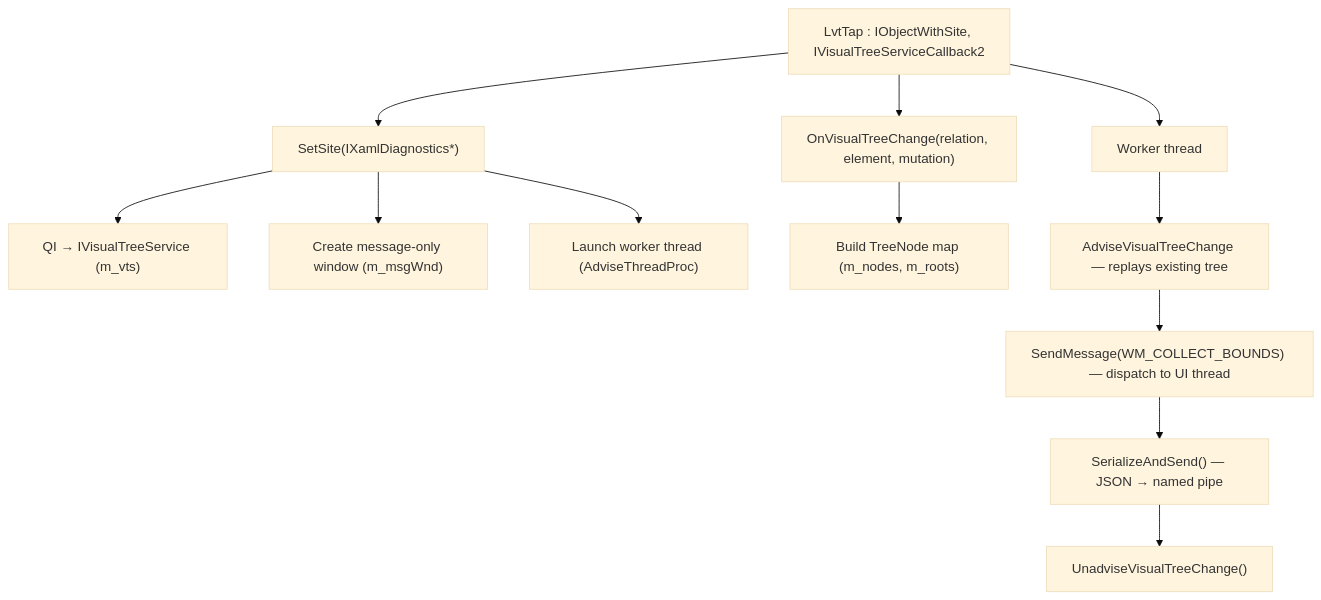
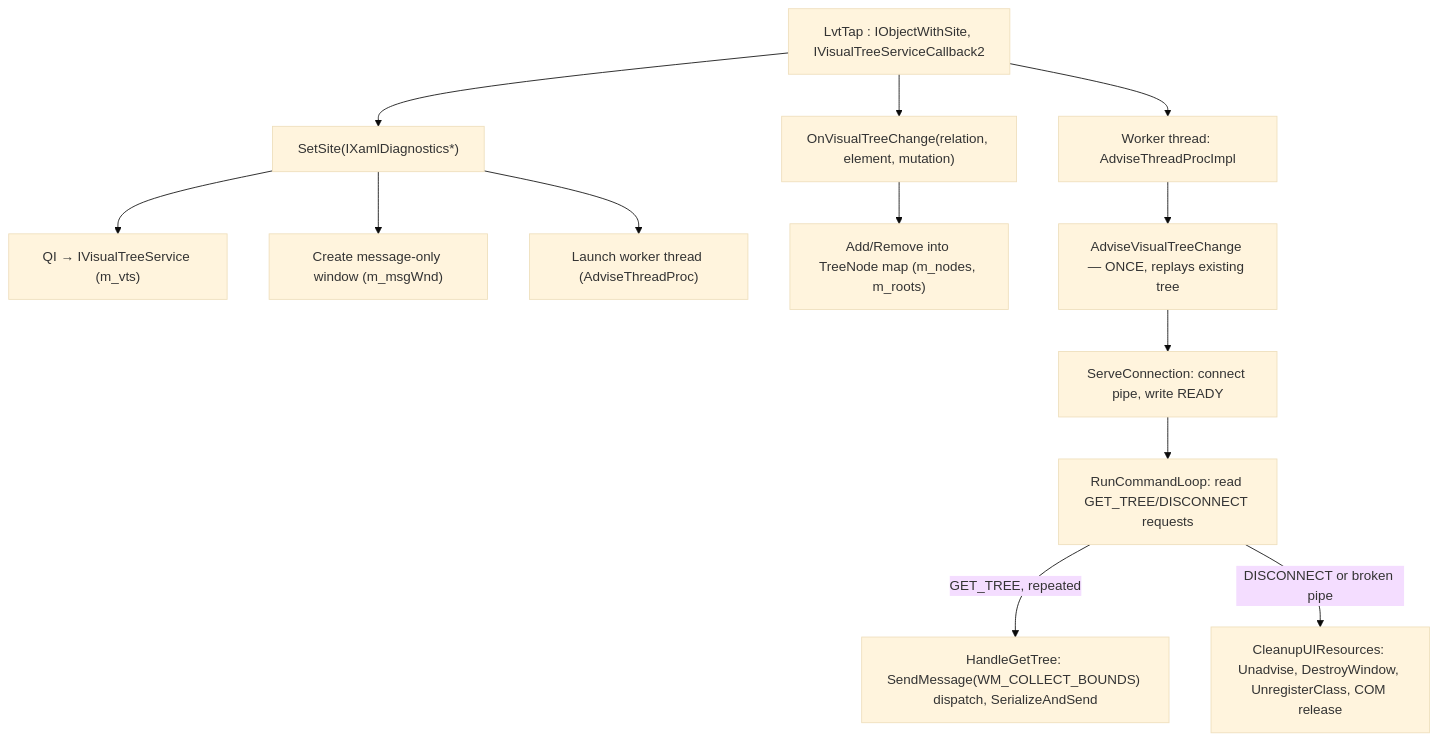
Before and after one commit to asklar/lvt: the second of 3 diagrams in docs/tap-dll-design.md, drawn with Mermaid (base theme). The commit also changed other lines of this file and 72 other files, not shown here.

First line of the commit message:
Add lvt Viewer: a graphical live visual tree GUI (#49)

````diff
--- a/docs/tap-dll-design.md
+++ b/docs/tap-dll-design.md
@@ -49,23 +54,26 @@
 ```mermaid
 flowchart TB
     LvtTap["LvtTap : IObjectWithSite, IVisualTreeServiceCallback2"]
 
     SetSite["SetSite(IXamlDiagnostics*)"]
     QI["QI → IVisualTreeService (m_vts)"]
     MsgWnd["Create message-only window (m_msgWnd)"]
     Launch["Launch worker thread (AdviseThreadProc)"]
 
     OnVTC["OnVisualTreeChange(relation, element, mutation)"]
-    BuildMap["Build TreeNode map (m_nodes, m_roots)"]
+    BuildMap["Add/Remove into TreeNode map (m_nodes, m_roots)"]
 
-    WorkerThread["Worker thread"]
-    Advise["AdviseVisualTreeChange — replays existing tree"]
-    SendMsg["SendMessage(WM_COLLECT_BOUNDS) — dispatch to UI thread"]
-    Serialize["SerializeAndSend() — JSON → named pipe"]
-    Unadvise["UnadviseVisualTreeChange()"]
+    WorkerThread["Worker thread: AdviseThreadProcImpl"]
+    Advise["AdviseVisualTreeChange — ONCE, replays existing tree"]
+    Serve["ServeConnection: connect pipe, write READY"]
+    Loop["RunCommandLoop: read GET_TREE/DISCONNECT requests"]
+    HandleGetTree["HandleGetTree: SendMessage(WM_COLLECT_BOUNDS) dispatch, SerializeAndSend"]
+    Cleanup["CleanupUIResources: Unadvise, DestroyWindow, UnregisterClass, COM release"]
 
     LvtTap --> SetSite & OnVTC & WorkerThread
     SetSite --> QI & MsgWnd & Launch
     OnVTC --> BuildMap
-    WorkerThread --> Advise --> SendMsg --> Serialize --> Unadvise
+    WorkerThread --> Advise --> Serve --> Loop
+    Loop -->|GET_TREE, repeated| HandleGetTree
+    Loop -->|DISCONNECT or broken pipe| Cleanup
 ```
````
